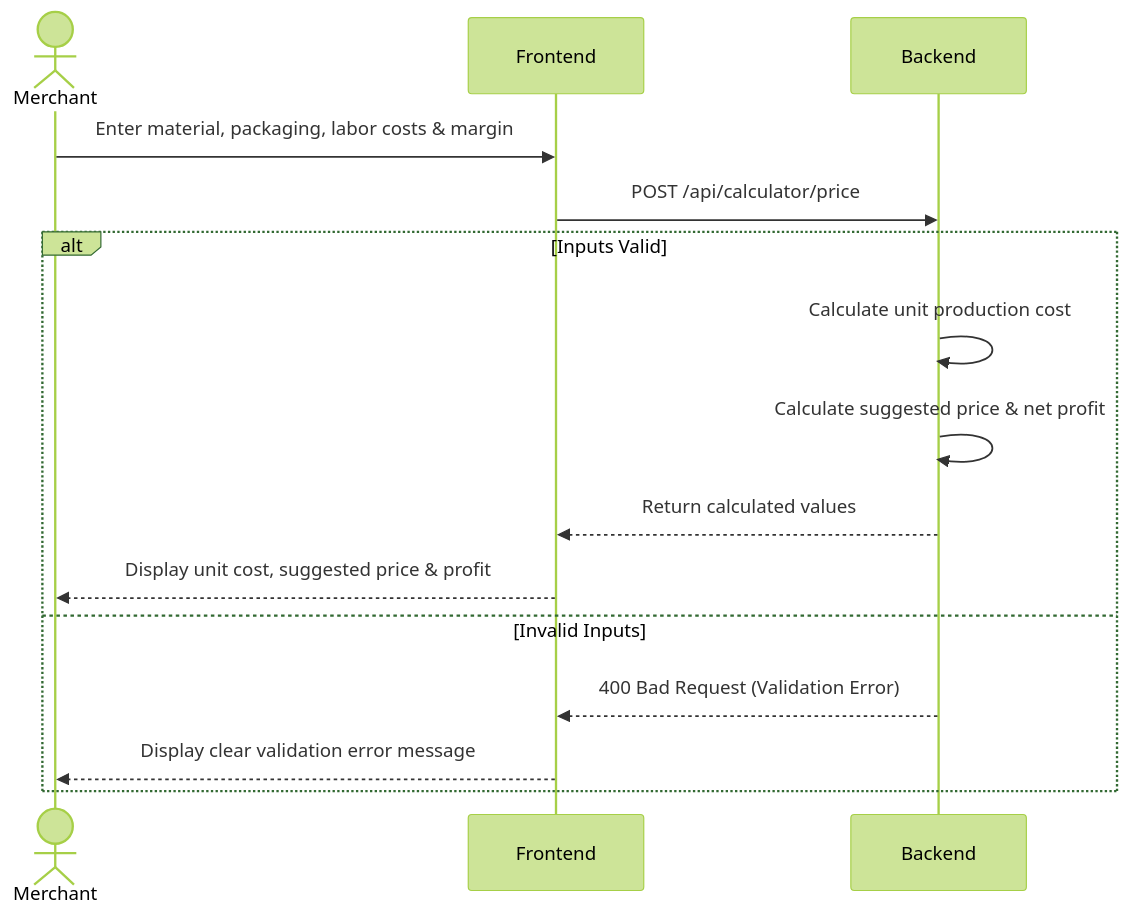
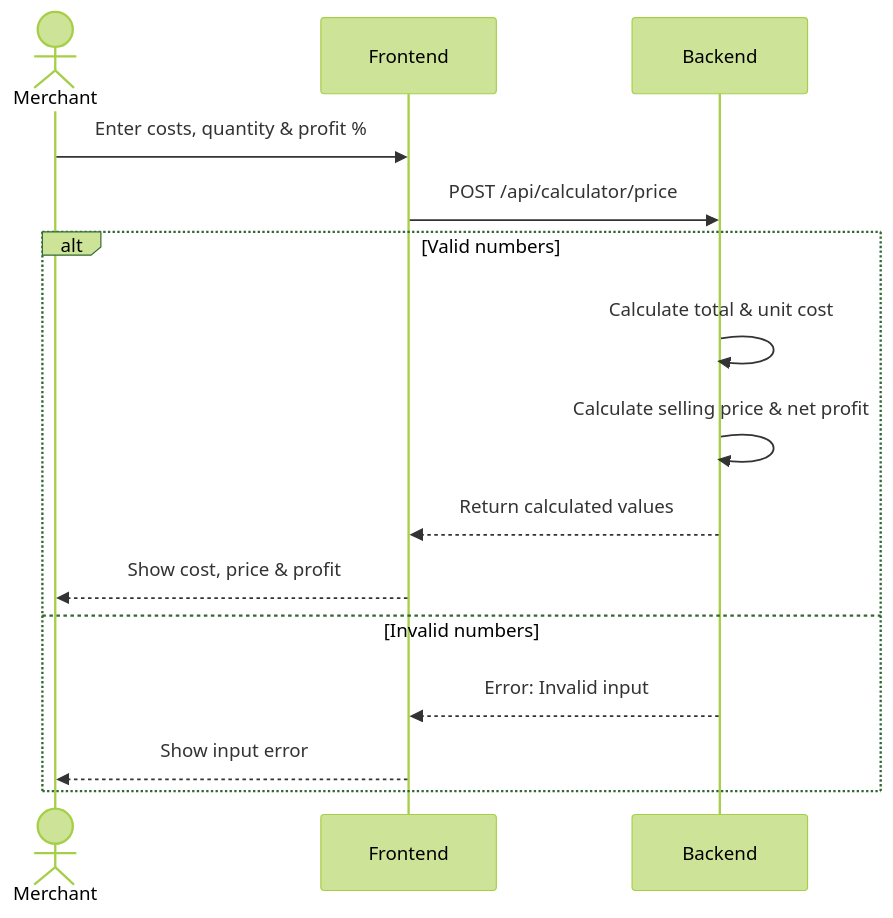
The third of 3 diagrams in Stage3/03_sequence diagrams.md (Ryma976/Portfolio_Project), drawn with Mermaid (forest theme) before and after one commit. The commit also changed other lines of this file, not shown here.

Commit message:
Update 03_sequence diagrams.md

````diff
--- a/Stage3/03_sequence diagrams.md
+++ b/Stage3/03_sequence diagrams.md
@@ -56,19 +115,19 @@
 ```mermaid
 sequenceDiagram
     actor Merchant
     participant Frontend
     participant Backend
 
-    Merchant->>Frontend: Enter material, packaging, labor costs & margin
+    Merchant->>Frontend: Enter costs, quantity & profit %
     Frontend->>Backend: POST /api/calculator/price
-    
-    alt Inputs Valid
-        Backend->>Backend: Calculate unit production cost
-        Backend->>Backend: Calculate suggested price & net profit
+
+    alt Valid numbers
+        Backend->>Backend: Calculate total & unit cost
+        Backend->>Backend: Calculate selling price & net profit
         Backend-->>Frontend: Return calculated values
-        Frontend-->>Merchant: Display unit cost, suggested price & profit
-    else Invalid Inputs
-        Backend-->>Frontend: 400 Bad Request (Validation Error)
-        Frontend-->>Merchant: Display clear validation error message
+        Frontend-->>Merchant: Show cost, price & profit
+    else Invalid numbers
+        Backend-->>Frontend: Error: Invalid input
+        Frontend-->>Merchant: Show input error
     end
 ```
````
